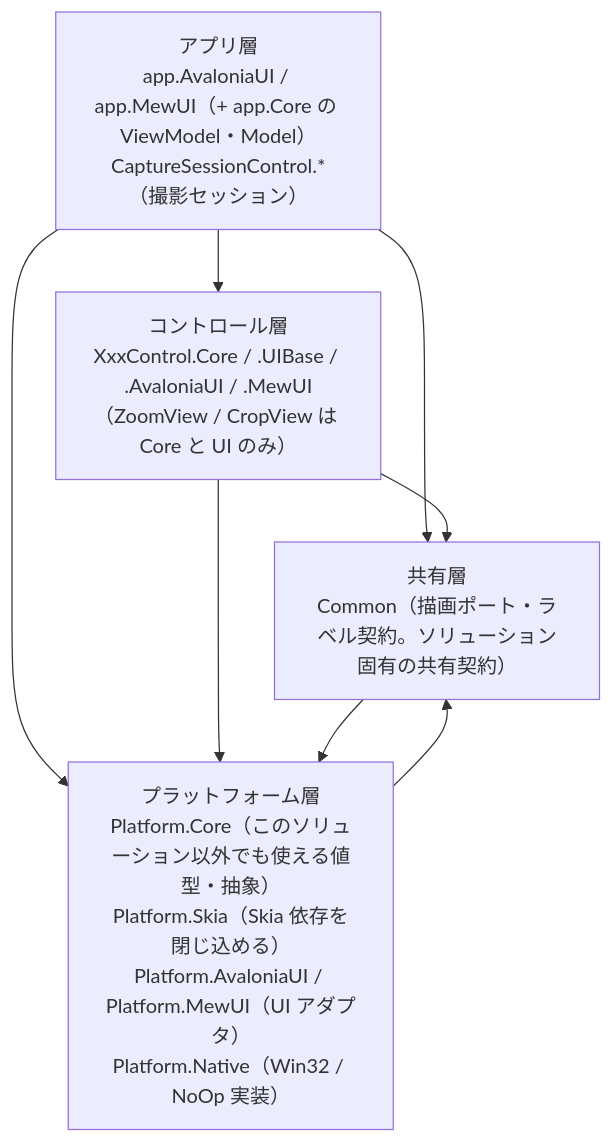
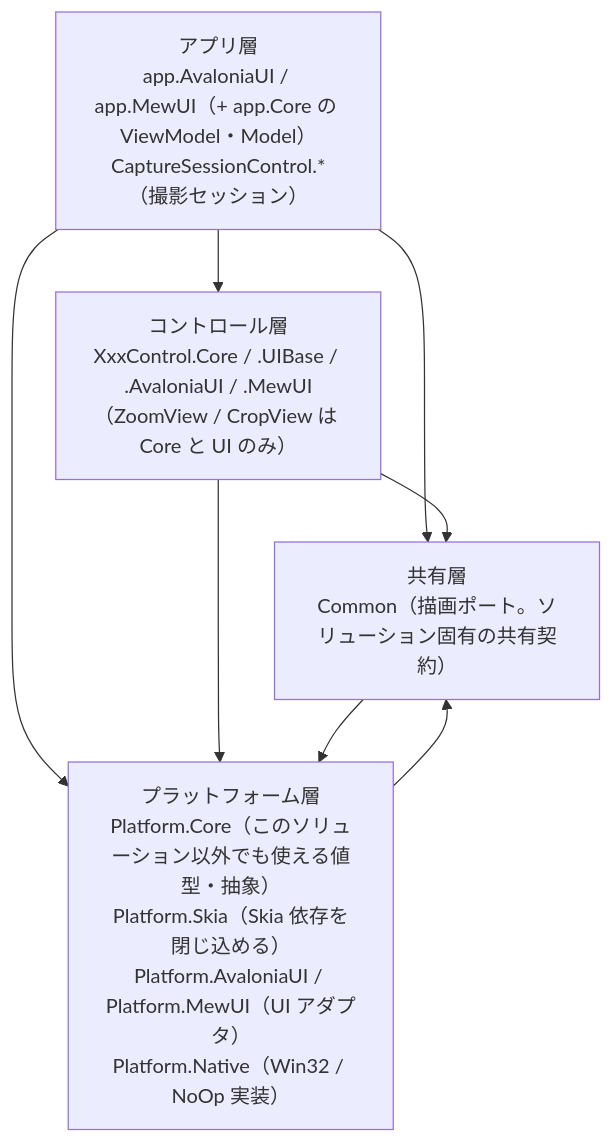
One commit to tomokuni/SaveEvidence changed the first of 2 diagrams in src/README.md. Above: the diagram before and after it, drawn with Mermaid. The commit also changed other lines of this file and 21 other files, not shown here.

````diff
--- a/src/README.md
+++ b/src/README.md
@@ -8,14 +8,14 @@
 ```mermaid
 flowchart TB
     APP["アプリ層<br/>app.AvaloniaUI / app.MewUI（+ app.Core の ViewModel・Model）<br/>CaptureSessionControl.*（撮影セッション）"]
     CTRL["コントロール層<br/>XxxControl.Core / .UIBase / .AvaloniaUI / .MewUI<br/>（ZoomView / CropView は Core と UI のみ）"]
-    COMMON["共有層<br/>Common（描画ポート・ラベル契約。ソリューション固有の共有契約）"]
+    COMMON["共有層<br/>Common（描画ポート。ソリューション固有の共有契約）"]
     PLAT["プラットフォーム層<br/>Platform.Core（このソリューション以外でも使える値型・抽象）<br/>Platform.Skia（Skia 依存を閉じ込める）<br/>Platform.AvaloniaUI / Platform.MewUI（UI アダプタ）<br/>Platform.Native（Win32 / NoOp 実装）"]
     APP --> CTRL
     APP --> COMMON
     APP --> PLAT
     CTRL --> COMMON
     CTRL --> PLAT
     COMMON --> PLAT
     PLAT --> COMMON
 ```
````
